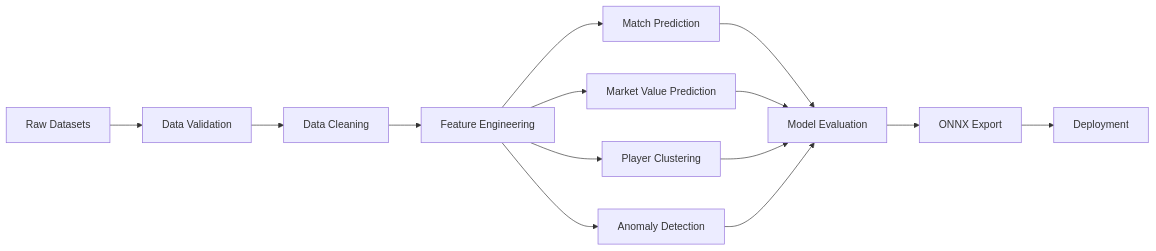
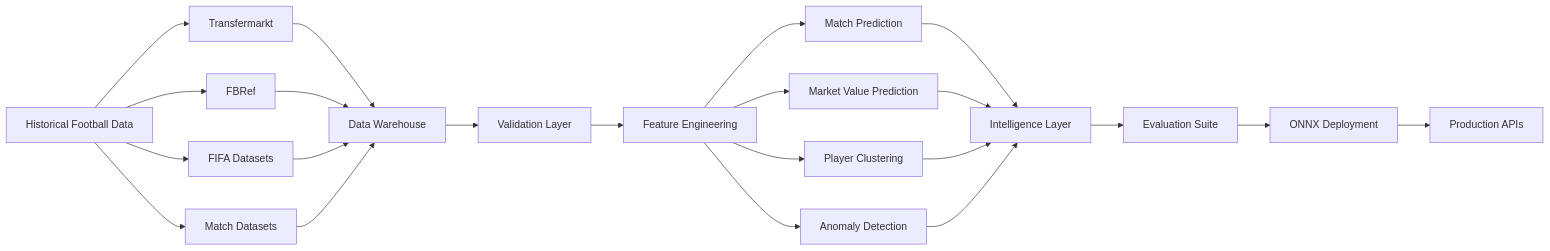
One commit to sai-ganesh-4539/StatVault changed the first of 4 diagrams in README.md. Above: the diagram before and after it, drawn with Mermaid. The commit also changed other lines of this file, not shown here.

````diff
--- a/README.md
+++ b/README.md
@@ -50,27 +59,33 @@
 ```mermaid
 graph LR
 
-A[Raw Datasets]
---> B[Data Validation]
+A[Historical Football Data]
 
-B --> C[Data Cleaning]
+A --> B1[Transfermarkt]
+A --> B2[FBRef]
+A --> B3[FIFA Datasets]
+A --> B4[Match Datasets]
 
-C --> D[Feature Engineering]
+B1 --> C[Data Warehouse]
+B2 --> C
+B3 --> C
+B4 --> C
 
-D --> E[Match Prediction]
+C --> D[Validation Layer]
+D --> E[Feature Engineering]
 
-D --> F[Market Value Prediction]
+E --> F1[Match Prediction]
+E --> F2[Market Value Prediction]
+E --> F3[Player Clustering]
+E --> F4[Anomaly Detection]
 
-D --> G[Player Clustering]
+F1 --> G[Intelligence Layer]
+F2 --> G
+F3 --> G
+F4 --> G
 
-D --> H[Anomaly Detection]
+G --> H[Evaluation Suite]
+H --> I[ONNX Deployment]
 
-E --> I[Model Evaluation]
-F --> I
-G --> I
-H --> I
-
-I --> J[ONNX Export]
-
-J --> K[Deployment]
+I --> J[Production APIs]
 ```
````
